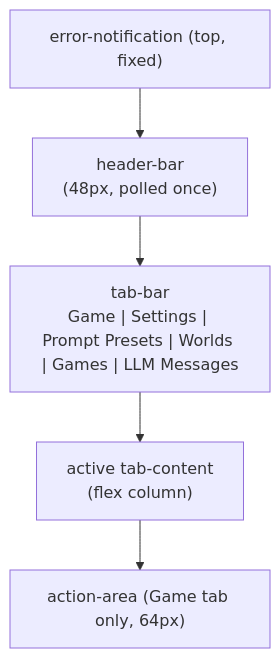
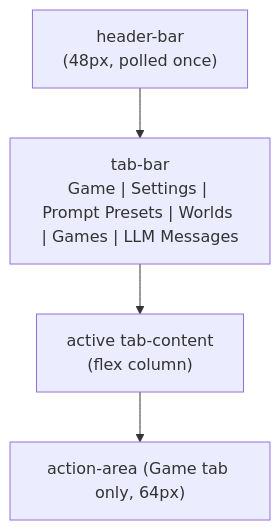
Before and after one commit to notsonormal/chronicler-engine: the diagram in docs/diataxis/reference/frontend/dashboard.md, drawn with Mermaid. The commit also changed other lines of this file and 13 other files, not shown here.

````diff
--- a/docs/diataxis/reference/frontend/dashboard.md
+++ b/docs/diataxis/reference/frontend/dashboard.md
@@ -14,9 +14,8 @@
 ```mermaid
 flowchart TD
-    ERR["error-notification (top, fixed)"]
     HDR["header-bar<br/>(48px, polled once)"]
     TABS["tab-bar<br/>Game | Settings | Prompt Presets | Worlds | Games | LLM Messages"]
     BODY["active tab-content<br/>(flex column)"]
     ACT["action-area (Game tab only, 64px)"]
-    ERR --> HDR --> TABS --> BODY --> ACT
+    HDR --> TABS --> BODY --> ACT
 ```
````
